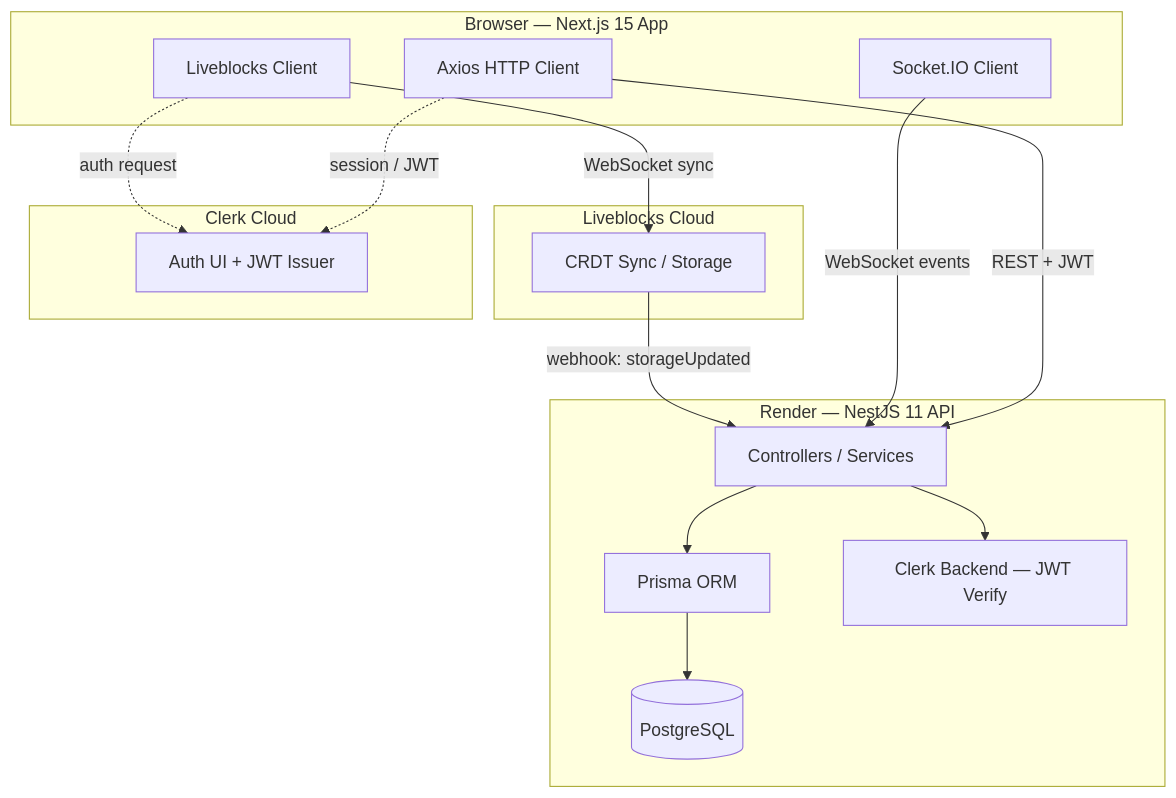
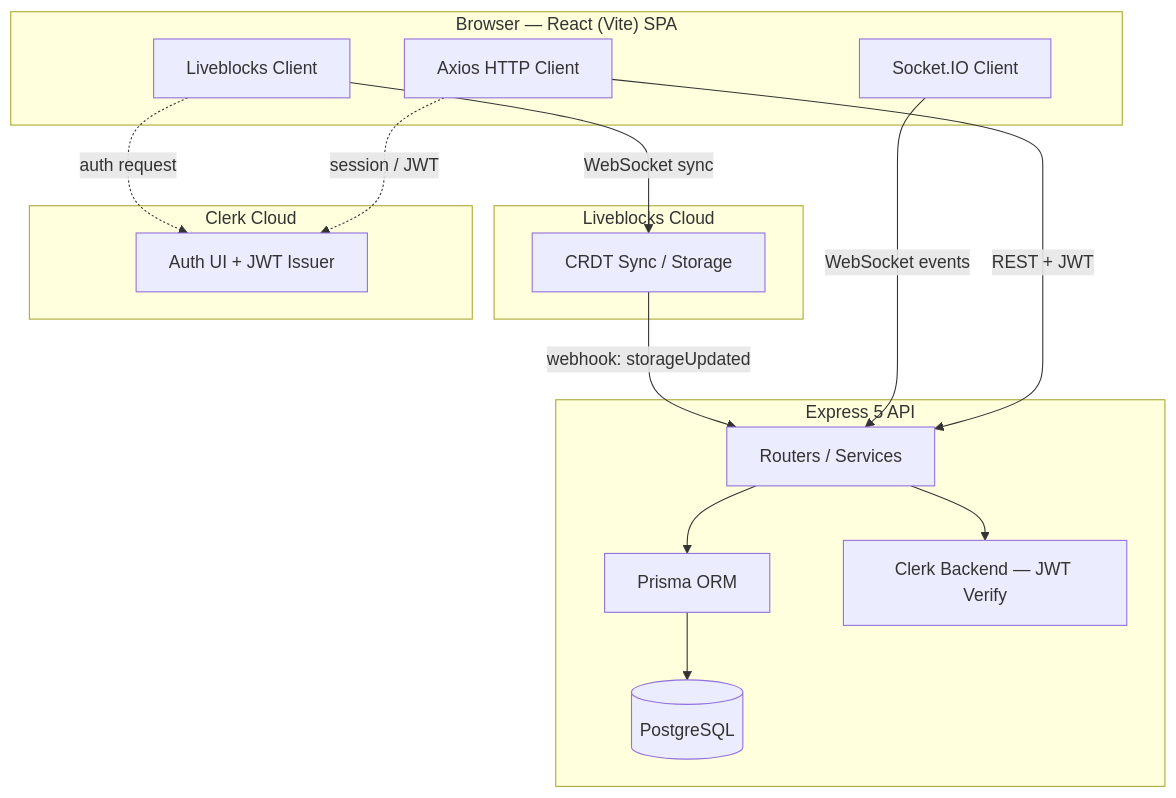
Before and after one commit to Harshith917/Craftboard: the first of 2 diagrams in README.md, drawn with Mermaid. The commit also changed other lines of this file and 248 other files, not shown here.

Commit message:
chore: remove Next.js and NestJS stack; keep React (Vite) + Express; update README

````diff
--- a/README.md
+++ b/README.md
@@ -43,32 +40,32 @@
 ```mermaid
 graph TD
-    subgraph Client["Browser — Next.js 15 App"]
+    subgraph Client["Browser — React (Vite) SPA"]
         LC[Liveblocks Client]
         SC[Socket.IO Client]
         AX[Axios HTTP Client]
     end
 
     subgraph LB["Liveblocks Cloud"]
         CRDT[CRDT Sync / Storage]
     end
 
-    subgraph Backend["Render — NestJS 11 API"]
-        API[Controllers / Services]
+    subgraph Backend["Express 5 API"]
+        API[Routers / Services]
         PR[Prisma ORM]
         DB[(PostgreSQL)]
         CG[Clerk Backend — JWT Verify]
     end
 
     subgraph Auth["Clerk Cloud"]
         CA[Auth UI + JWT Issuer]
     end
 
     LC -- WebSocket sync --> CRDT
     CRDT -- webhook: storageUpdated --> API
     SC -- WebSocket events --> API
     AX -- REST + JWT --> API
     API --> PR --> DB
     API --> CG
     LC -. auth request .-> CA
     AX -. session / JWT .-> CA
 ```
````
